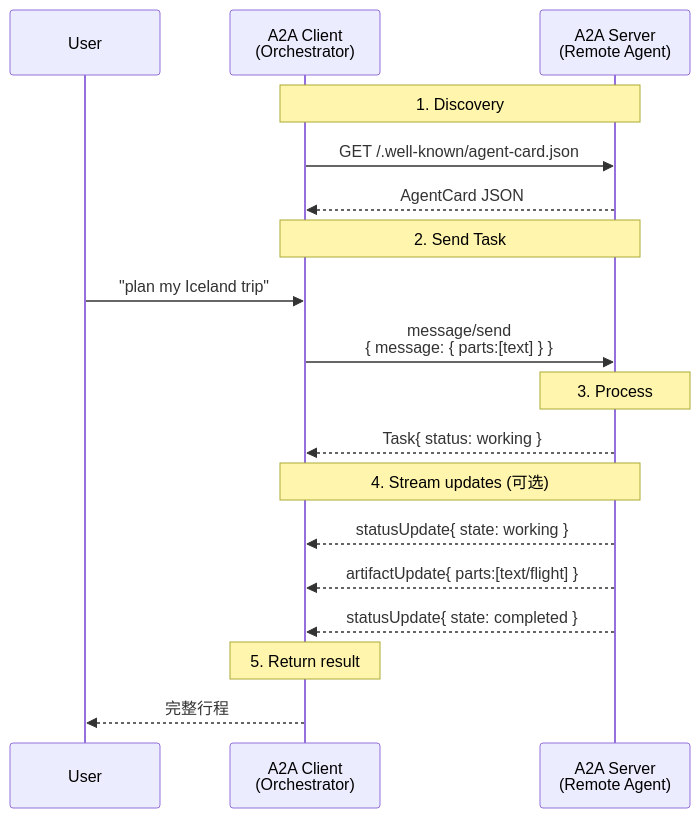
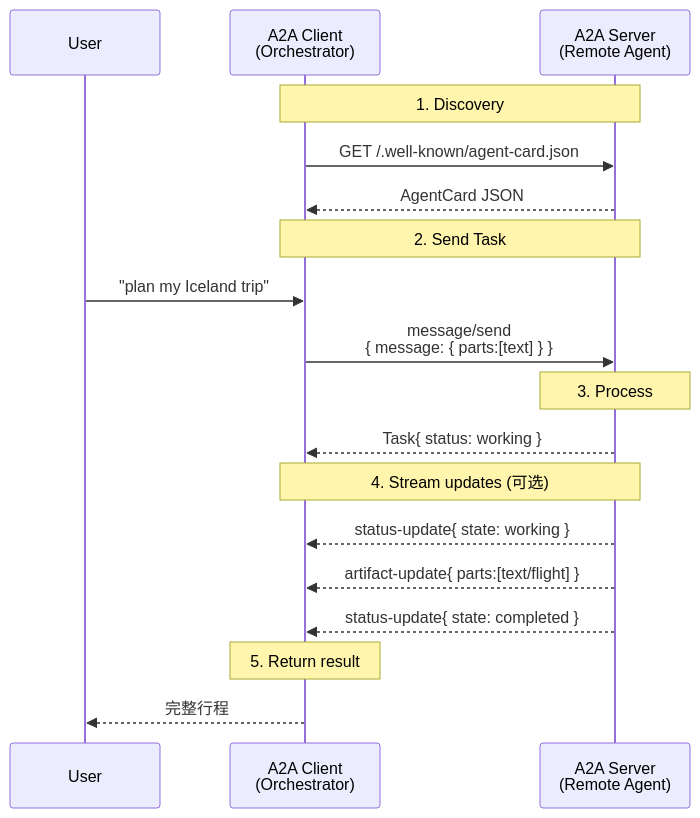
One commit to Sphinxes0o0/notes changed the diagram in a2a/01-introduction.md. Above: the diagram before and after it, drawn with Mermaid. The commit also changed other lines of this file and 7 other files, not shown here.

````diff
--- a/a2a/01-introduction.md
+++ b/a2a/01-introduction.md
@@ -175,20 +175,20 @@
 ```mermaid
 sequenceDiagram
     participant U as User
     participant C as A2A Client<br/>(Orchestrator)
     participant S as A2A Server<br/>(Remote Agent)
     Note over C,S: 1. Discovery
     C->>S: GET /.well-known/agent-card.json
     S-->>C: AgentCard JSON
     Note over C,S: 2. Send Task
     U->>C: "plan my Iceland trip"
     C->>S: message/send<br/>{ message: { parts:[text] } }
     Note over S: 3. Process
     S-->>C: Task{ status: working }
     Note over C,S: 4. Stream updates (可选)
-    S-->>C: statusUpdate{ state: working }
-    S-->>C: artifactUpdate{ parts:[text/flight] }
-    S-->>C: statusUpdate{ state: completed }
+    S-->>C: status-update{ state: working }
+    S-->>C: artifact-update{ parts:[text/flight] }
+    S-->>C: status-update{ state: completed }
     Note over C: 5. Return result
     C-->>U: 完整行程
 ```
````
